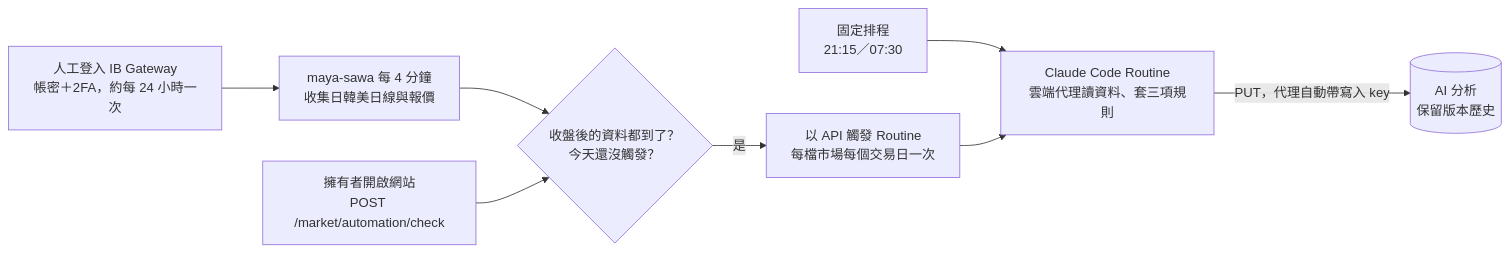
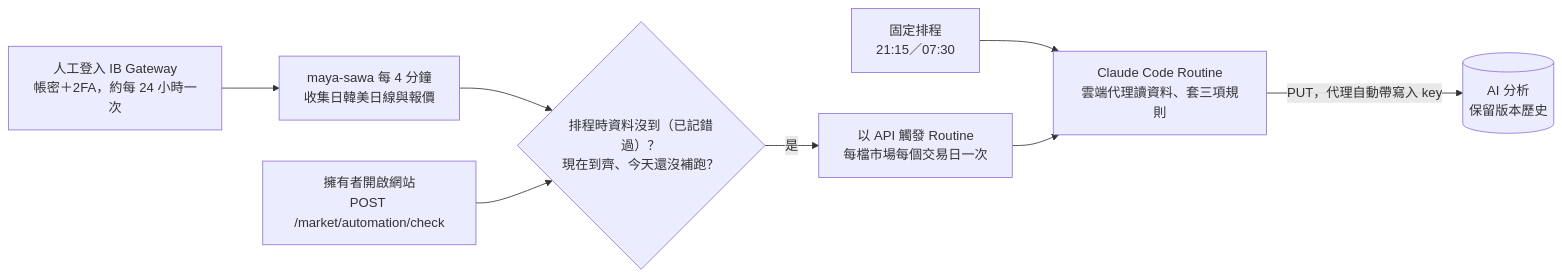
One commit to Vinskao/ty-multiverse changed the diagram in docs/MARKET_DASHBOARD_PLAN.md. Above: the diagram before and after it, drawn with Mermaid. The commit also changed other lines of this file and 2 other files, not shown here.

````diff
--- a/docs/MARKET_DASHBOARD_PLAN.md
+++ b/docs/MARKET_DASHBOARD_PLAN.md
@@ -619,10 +619,10 @@
 ```mermaid
 flowchart LR
   H[人工登入 IB Gateway<br/>帳密＋2FA，約每 24 小時一次] --> C[maya-sawa 每 4 分鐘<br/>收集日韓美日線與報價]
-  C --> K{收盤後的資料都到了？<br/>今天還沒觸發？}
+  C --> K{排程時資料沒到（已記錯過）？<br/>現在到齊、今天還沒補跑？}
   W[擁有者開啟網站<br/>POST /market/automation/check] --> K
   K -- 是 --> F[以 API 觸發 Routine<br/>每檔市場每個交易日一次]
   S[固定排程<br/>21:15／07:30] --> R
   F --> R[Claude Code Routine<br/>雲端代理讀資料、套三項規則]
   R -->|PUT，代理自動帶寫入 key| A[(AI 分析<br/>保留版本歷史)]
 ```
````
